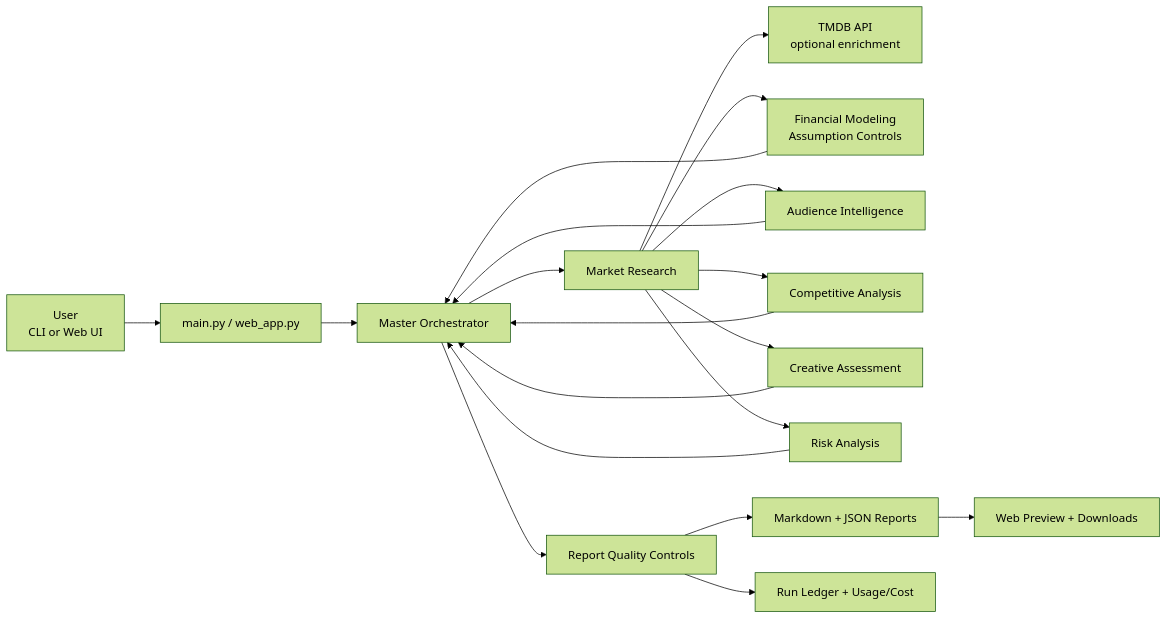
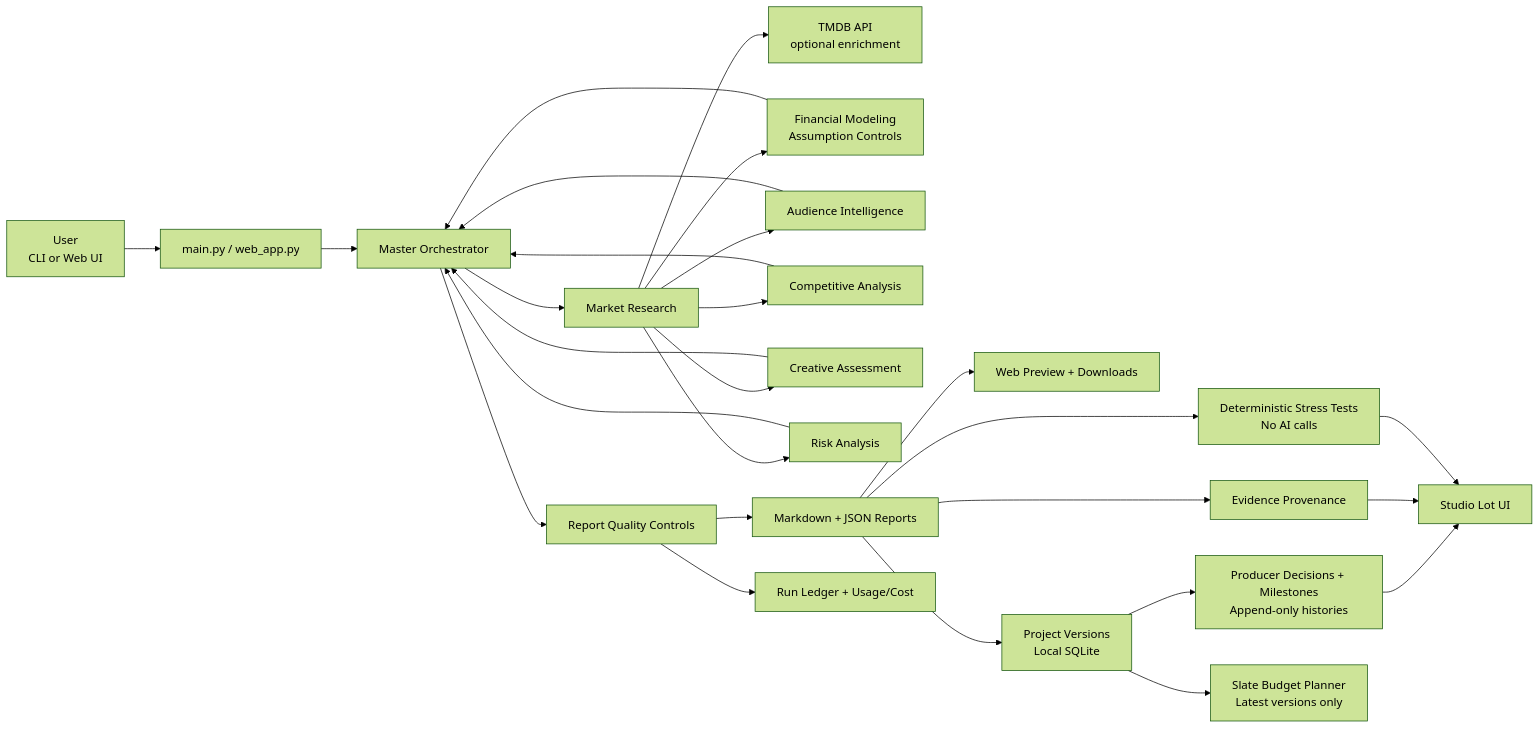
One commit to Laksh-star/greenlighting-agent changed the diagram in README.md. Above: the diagram before and after it, drawn with Mermaid (forest theme). The commit also changed other lines of this file and 20 other files, not shown here.

Commit message:
Add evidence provenance, financial stress tests and development milestones

````diff
--- a/README.md
+++ b/README.md
@@ -184,21 +187,29 @@
 ```mermaid
 flowchart LR
     User["User\nCLI or Web UI"] --> Entry["main.py / web_app.py"]
     Entry --> Master["Master Orchestrator"]
     Master --> Market["Market Research"]
     Market --> TMDB["TMDB API\noptional enrichment"]
     Market --> Finance["Financial Modeling\nAssumption Controls"]
     Market --> Audience["Audience Intelligence"]
     Market --> Competitive["Competitive Analysis"]
     Market --> Creative["Creative Assessment"]
     Market --> Risk["Risk Analysis"]
     Finance --> Master
     Audience --> Master
     Competitive --> Master
     Creative --> Master
     Risk --> Master
     Master --> Quality["Report Quality Controls"]
     Quality --> Reports["Markdown + JSON Reports"]
     Quality --> Ledger["Run Ledger + Usage/Cost"]
     Reports --> WebPreview["Web Preview + Downloads"]
+    Reports --> Evidence["Evidence Provenance"]
+    Reports --> Stress["Deterministic Stress Tests\nNo AI calls"]
+    Reports --> Workspaces["Project Versions\nLocal SQLite"]
+    Workspaces --> Review["Producer Decisions + Milestones\nAppend-only histories"]
+    Workspaces --> Planner["Slate Budget Planner\nLatest versions only"]
+    Review --> Lot["Studio Lot UI"]
+    Evidence --> Lot
+    Stress --> Lot
 ```
````
